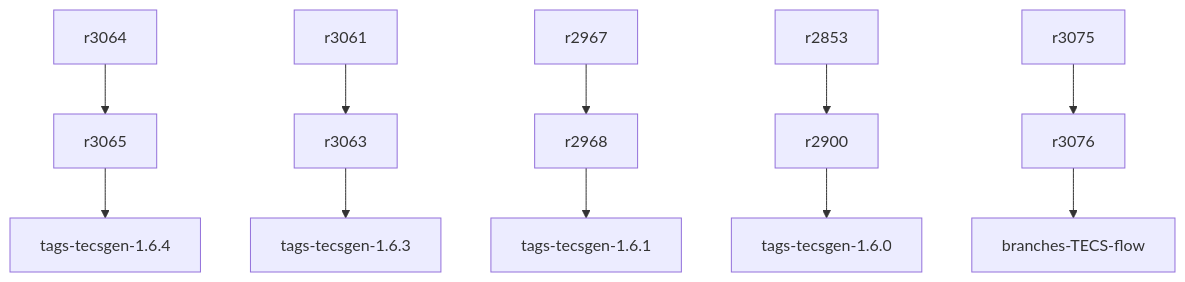
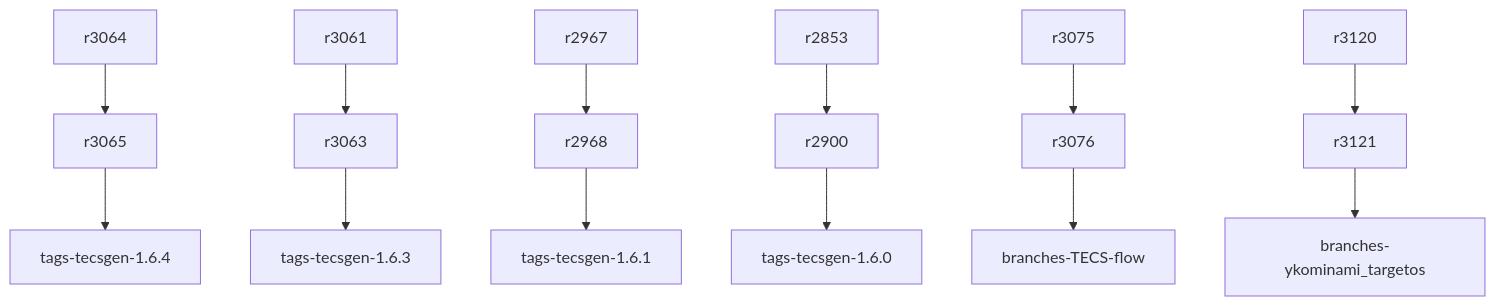
Before and after one commit to ykominami/testxprj: the diagram in tecsgen_B.md, drawn with Mermaid.

````diff
--- a/tecsgen_B.md
+++ b/tecsgen_B.md
@@ -1,15 +1,18 @@
 ```mermaid
 
 graph TD;
   r3065-->tags-tecsgen-1.6.4;
   r3064-->r3065;
   r3063-->tags-tecsgen-1.6.3;
   r3061-->r3063;
   r2968-->tags-tecsgen-1.6.1;
   r2967-->r2968;
   r2900-->tags-tecsgen-1.6.0;
   r2853-->r2900;
   
   r3076-->branches-TECS-flow;
   r3075-->r3076;
+
+  r3121-->branches-ykominami_targetos;
+  r3120-->r3121;
 ```
````
